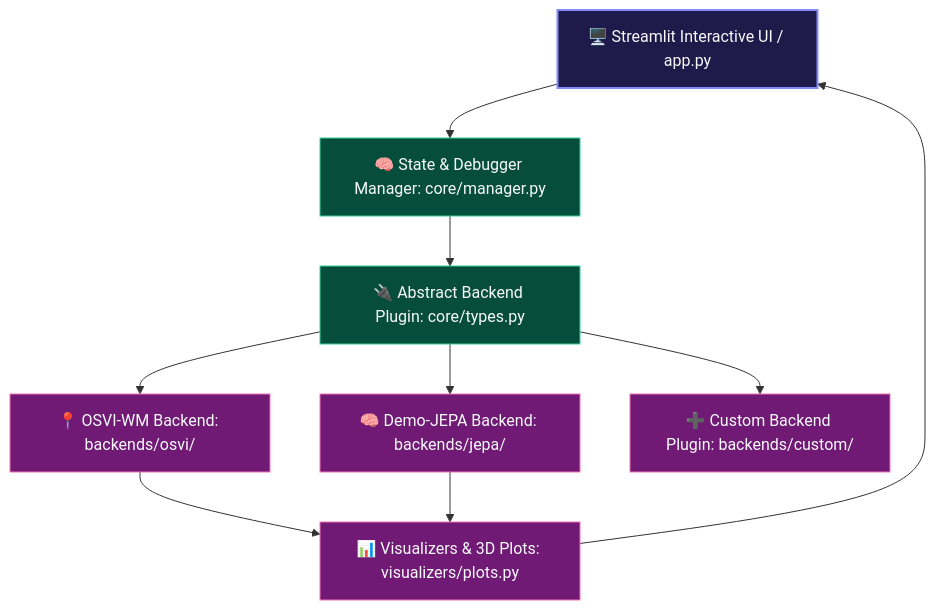
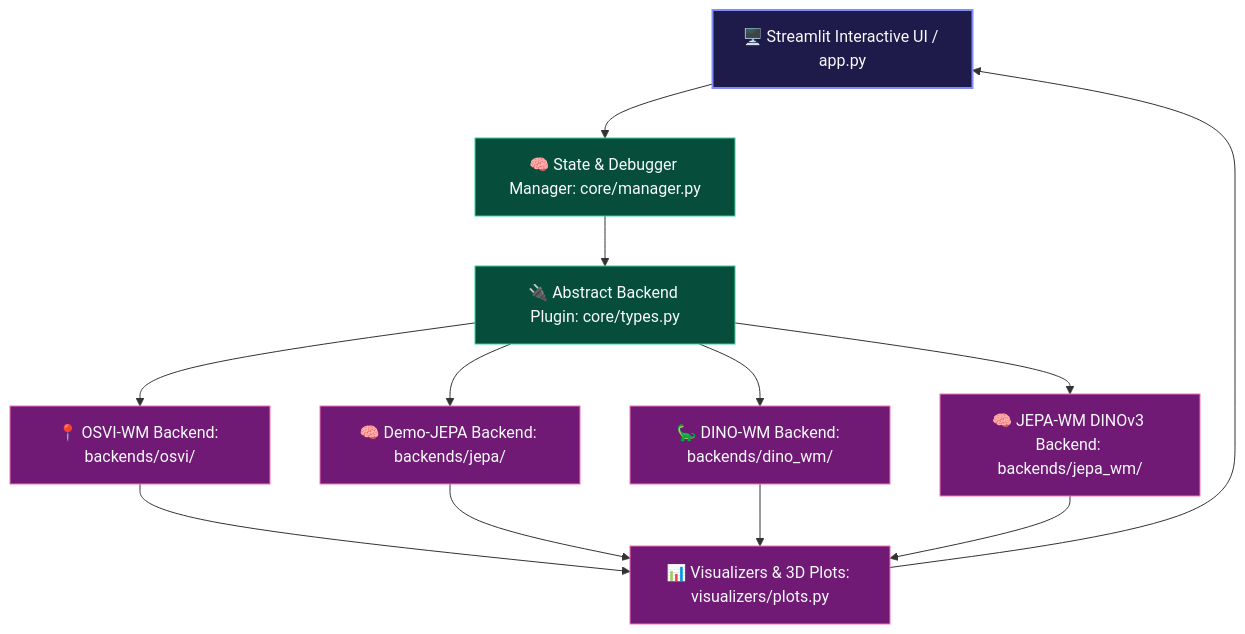
The diagram in README.md (vivek-v-ingle/Visual-World-Model-Explorer), drawn with Mermaid before and after one commit. The commit also changed other lines of this file and 10 other files, not shown here.

Commit message:
Add DINO-WM and JEPA-WM to World Models

````diff
--- a/README.md
+++ b/README.md
@@ -23,21 +25,24 @@
 ```mermaid
 graph TD
     classDef ui fill:#1e1b4b,stroke:#818cf8,stroke-width:2px,color:#f8fafc;
     classDef core fill:#064e3b,stroke:#34d399,stroke-width:1px,color:#f8fafc;
     classDef model fill:#701a75,stroke:#f472b6,stroke-width:1px,color:#f8fafc;
 
     UI[🖥️ Streamlit Interactive UI / app.py] --> Manager[🧠 State & Debugger Manager: core/manager.py]
     Manager --> Base[🔌 Abstract Backend Plugin: core/types.py]
     
     Base --> OSVI[📍 OSVI-WM Backend: backends/osvi/]
     Base --> JEPA[🧠 Demo-JEPA Backend: backends/jepa/]
-    Base --> Custom[➕ Custom Backend Plugin: backends/custom/]
+    Base --> DINO[🦕 DINO-WM Backend: backends/dino_wm/]
+    Base --> JEPA3[🧠 JEPA-WM DINOv3 Backend: backends/jepa_wm/]
 
     OSVI --> Vis[📊 Visualizers & 3D Plots: visualizers/plots.py]
     JEPA --> Vis
+    DINO --> Vis
+    JEPA3 --> Vis
     Vis --> UI
 
     class UI ui;
     class Manager,Base core;
-    class OSVI,JEPA,Custom,Vis model;
+    class OSVI,JEPA,DINO,JEPA3,Vis model;
 ```
````
